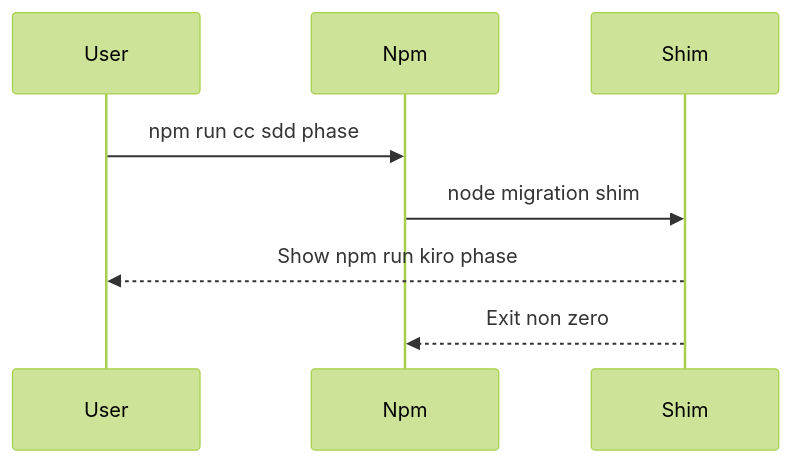
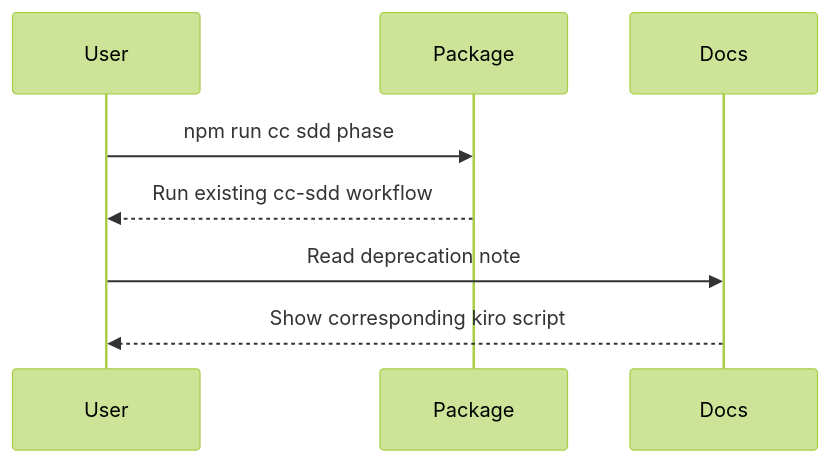
The third of 3 diagrams in .kiro/specs/kiro-workflow-surface/design.md (j5ik2o/takt-sdd), drawn with Mermaid (forest theme) before and after one commit. The commit also changed other lines of this file and 10 other files, not shown here.

Commit message:
fix(kiro): address workflow review adapter drift

````diff
--- a/.kiro/specs/kiro-workflow-surface/design.md
+++ b/.kiro/specs/kiro-workflow-surface/design.md
@@ -458,11 +454,11 @@
 ```mermaid
 sequenceDiagram
     participant User
-    participant Npm
-    participant Shim
+    participant Package
+    participant Docs
 
-    User->>Npm: npm run cc sdd phase
-    Npm->>Shim: node migration shim
-    Shim-->>User: Show npm run kiro phase
-    Shim-->>Npm: Exit non zero
+    User->>Package: npm run cc sdd phase
+    Package-->>User: Run existing cc-sdd workflow
+    User->>Docs: Read deprecation note
+    Docs-->>User: Show corresponding kiro script
 ```
````
